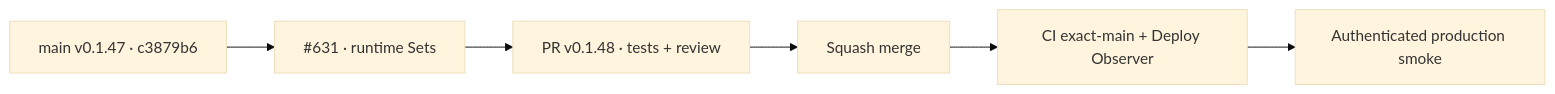
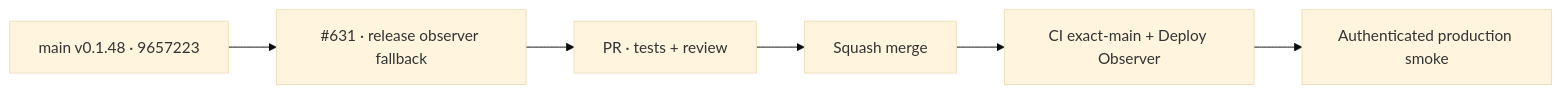
Before and after one commit to pl0n3r/brvtal: the diagram in README.md, drawn with Mermaid (base theme). The commit also changed other lines of this file and 4 other files, not shown here.

````diff
--- a/README.md
+++ b/README.md
@@ -50,6 +50,6 @@
 ```mermaid
 flowchart LR
- B["main v0.1.47 · c3879b6"] --> F["#631 · runtime Sets"]
- F --> P["PR v0.1.48 · tests + review"] --> M["Squash merge"]
+ B["main v0.1.48 · 9657223"] --> F["#631 · release observer fallback"]
+ F --> P["PR · tests + review"] --> M["Squash merge"]
  M --> C["CI exact-main + Deploy Observer"] --> S["Authenticated production smoke"]
 ```
````
